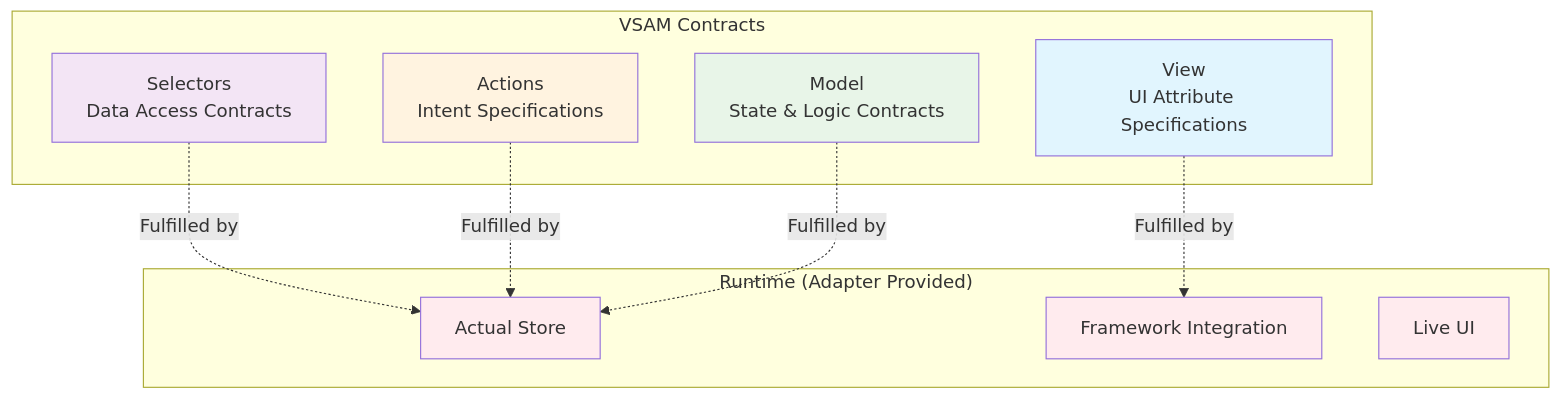
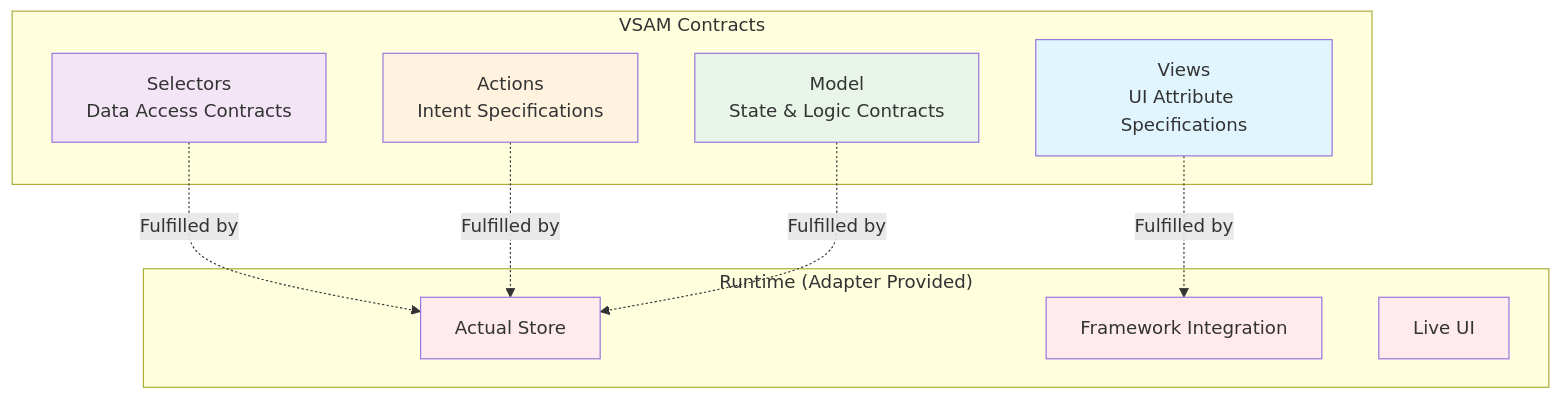
Before and after one commit to hejhi/rimitive: the first of 4 diagrams in packages/core/src/lattice/README.md, drawn with Mermaid. The commit also changed other lines of this file and 8 other files, not shown here.

Commit message:
rename view to views

````diff
--- a/packages/core/src/lattice/README.md
+++ b/packages/core/src/lattice/README.md
@@ -53,28 +53,28 @@
 ```mermaid
 graph TB
     subgraph "VSAM Contracts"
-        V[View<br/>UI Attribute Specifications]
+        V[Views<br/>UI Attribute Specifications]
         S[Selectors<br/>Data Access Contracts]
         A[Actions<br/>Intent Specifications]
         M[Model<br/>State & Logic Contracts]
     end
     
     subgraph "Runtime (Adapter Provided)"
         ST[Actual Store]
         FR[Framework Integration]
         UI[Live UI]
     end
     
     V -.-> |"Fulfilled by"| FR
     S -.-> |"Fulfilled by"| ST
     A -.-> |"Fulfilled by"| ST
     M -.-> |"Fulfilled by"| ST
     
     style V fill:#e1f5fe
     style S fill:#f3e5f5
     style A fill:#fff3e0
     style M fill:#e8f5e8
     style ST fill:#ffebee
     style FR fill:#ffebee
     style UI fill:#ffebee
 ```
````
